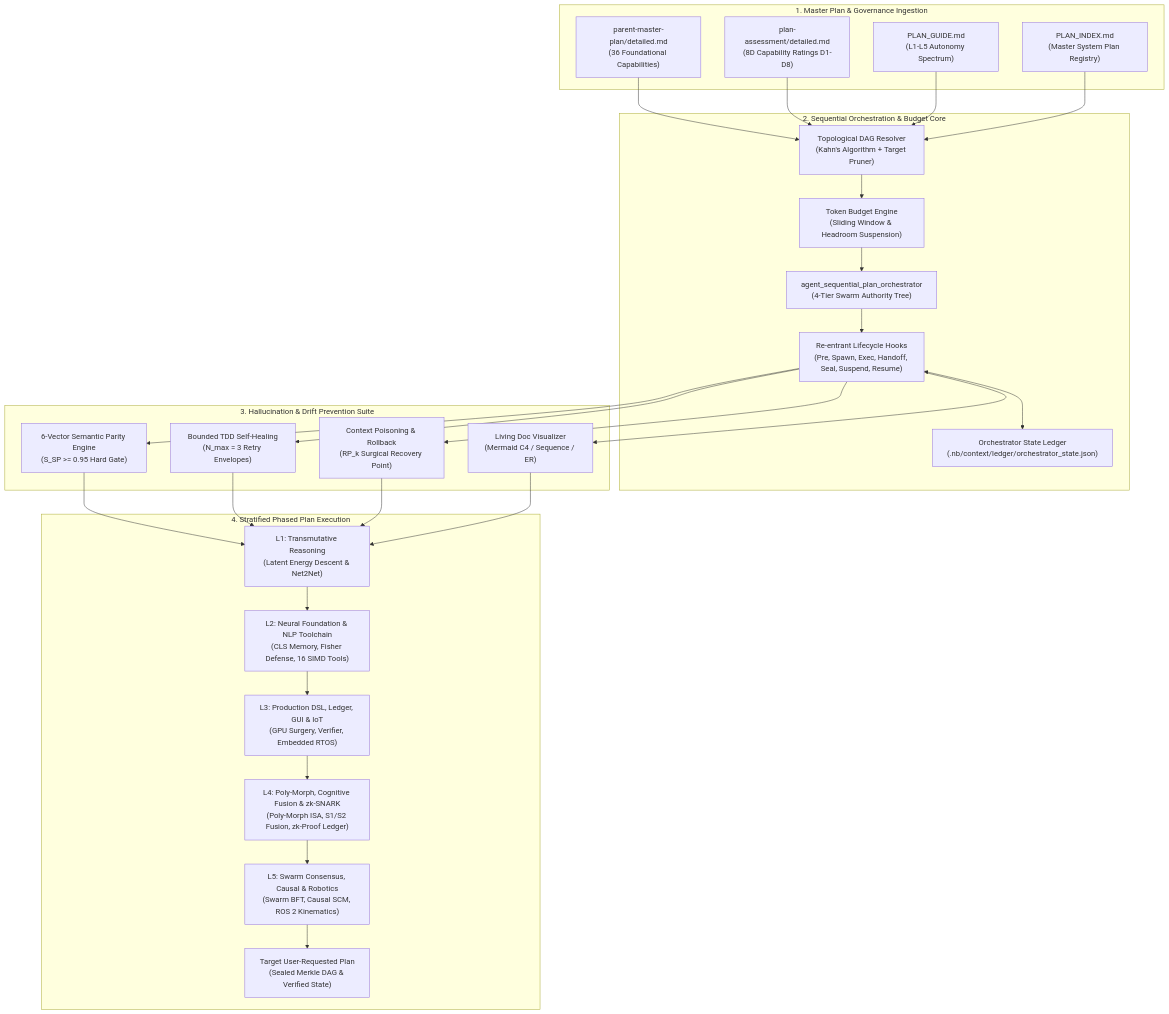
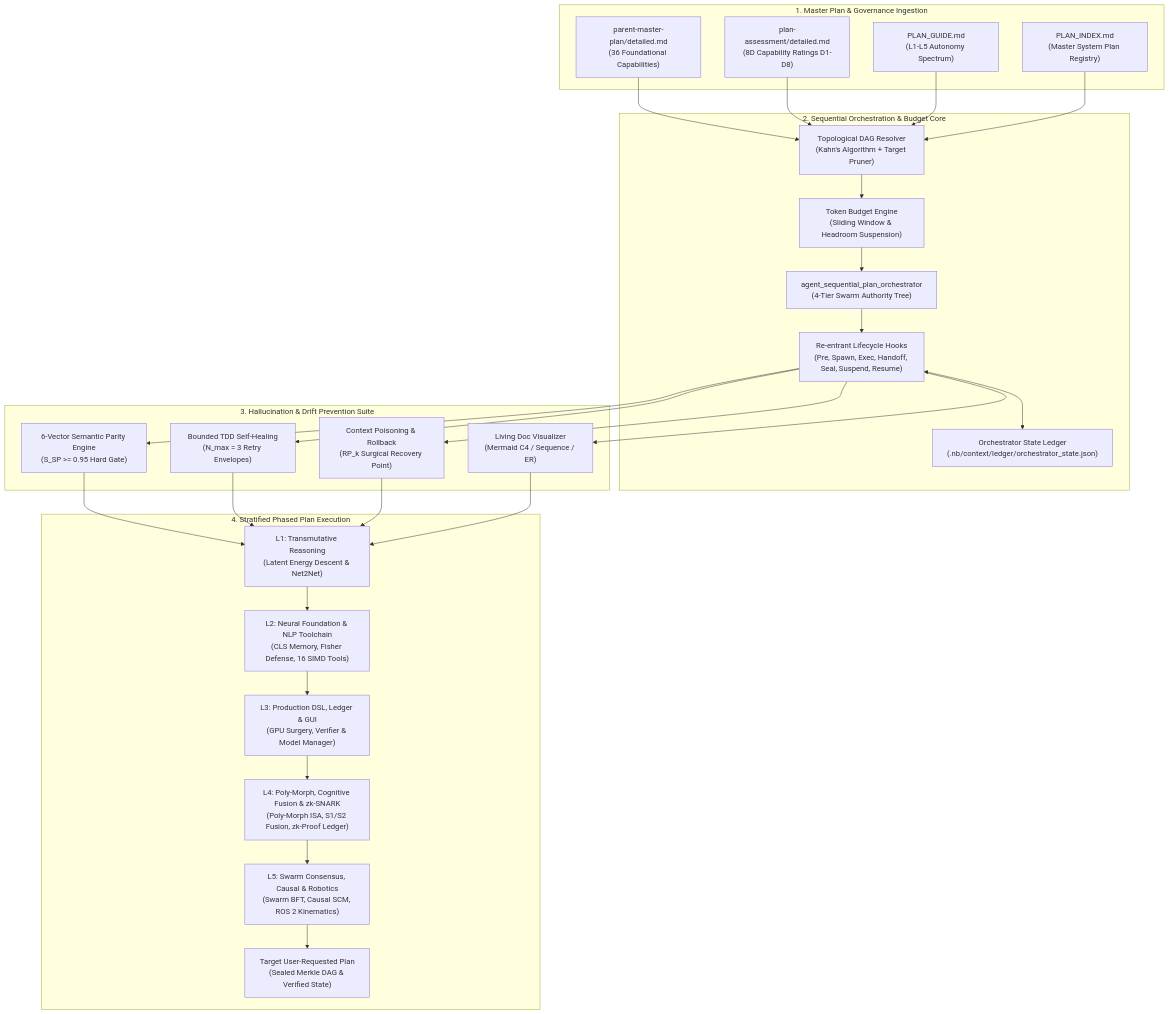
Before and after one commit to lakhwindersingh/nb_fairyfly: the first of 2 diagrams in .nb/plan/master/sequential-plan-orchestrator/detailed.md, drawn with Mermaid. The commit also changed other lines of this file and 42 other files, not shown here.

````diff
--- a/.nb/plan/master/sequential-plan-orchestrator/detailed.md
+++ b/.nb/plan/master/sequential-plan-orchestrator/detailed.md
@@ -16,40 +16,40 @@
 ```mermaid
 graph TD
   subgraph Inputs["1. Master Plan & Governance Ingestion"]
     PMP["parent-master-plan/detailed.md<br/>(36 Foundational Capabilities)"]
     PAS["plan-assessment/detailed.md<br/>(8D Capability Ratings D1-D8)"]
     PG["PLAN_GUIDE.md<br/>(L1-L5 Autonomy Spectrum)"]
     PI["PLAN_INDEX.md<br/>(Master System Plan Registry)"]
   end
 
   subgraph OrchestratorEngine["2. Sequential Orchestration & Budget Core"]
     TopoResolver["Topological DAG Resolver<br/>(Kahn's Algorithm + Target Pruner)"]
     TokenEngine["Token Budget Engine<br/>(Sliding Window & Headroom Suspension)"]
     OrchAgent["agent_sequential_plan_orchestrator<br/>(4-Tier Swarm Authority Tree)"]
     HookPipeline["Re-entrant Lifecycle Hooks<br/>(Pre, Spawn, Exec, Handoff, Seal, Suspend, Resume)"]
     StateLedger["Orchestrator State Ledger<br/>(.nb/context/ledger/orchestrator_state.json)"]
   end
 
   subgraph AntiDriftSuite["3. Hallucination & Drift Prevention Suite"]
     ParityEngine["6-Vector Semantic Parity Engine<br/>(S_SP >= 0.95 Hard Gate)"]
     TDDHealing["Bounded TDD Self-Healing<br/>(N_max = 3 Retry Envelopes)"]
     PoisoningSentinel["Context Poisoning & Rollback<br/>(RP_k Surgical Recovery Point)"]
     LivingDocs["Living Doc Visualizer<br/>(Mermaid C4 / Sequence / ER)"]
   end
 
   subgraph ExecutionRoadmap["4. Stratified Phased Plan Execution"]
     L1Layer["L1: Transmutative Reasoning<br/>(Latent Energy Descent & Net2Net)"]
     L2Layer["L2: Neural Foundation & NLP Toolchain<br/>(CLS Memory, Fisher Defense, 16 SIMD Tools)"]
-    L3Layer["L3: Production DSL, Ledger, GUI & IoT<br/>(GPU Surgery, Verifier, Embedded RTOS)"]
+    L3Layer["L3: Production DSL, Ledger & GUI<br/>(GPU Surgery, Verifier & Model Manager)"]
     L4Layer["L4: Poly-Morph, Cognitive Fusion & zk-SNARK<br/>(Poly-Morph ISA, S1/S2 Fusion, zk-Proof Ledger)"]
     L5Layer["L5: Swarm Consensus, Causal & Robotics<br/>(Swarm BFT, Causal SCM, ROS 2 Kinematics)"]
     TargetPlan["Target User-Requested Plan<br/>(Sealed Merkle DAG & Verified State)"]
   end
 
   PMP & PAS & PG & PI --> TopoResolver
   TopoResolver --> TokenEngine --> OrchAgent
   OrchAgent --> HookPipeline <--> StateLedger
   HookPipeline --> ParityEngine & TDDHealing & PoisoningSentinel & LivingDocs
   ParityEngine & TDDHealing & PoisoningSentinel & LivingDocs --> L1Layer
   L1Layer --> L2Layer --> L3Layer --> L4Layer --> L5Layer --> TargetPlan
 ```
````
